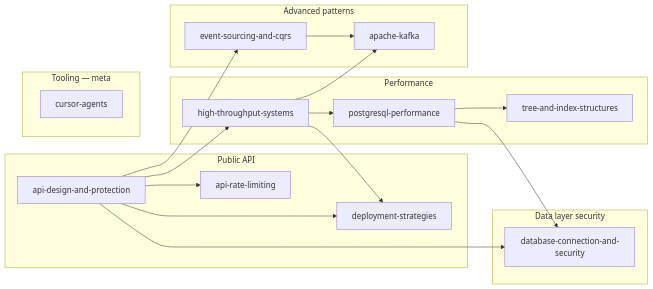
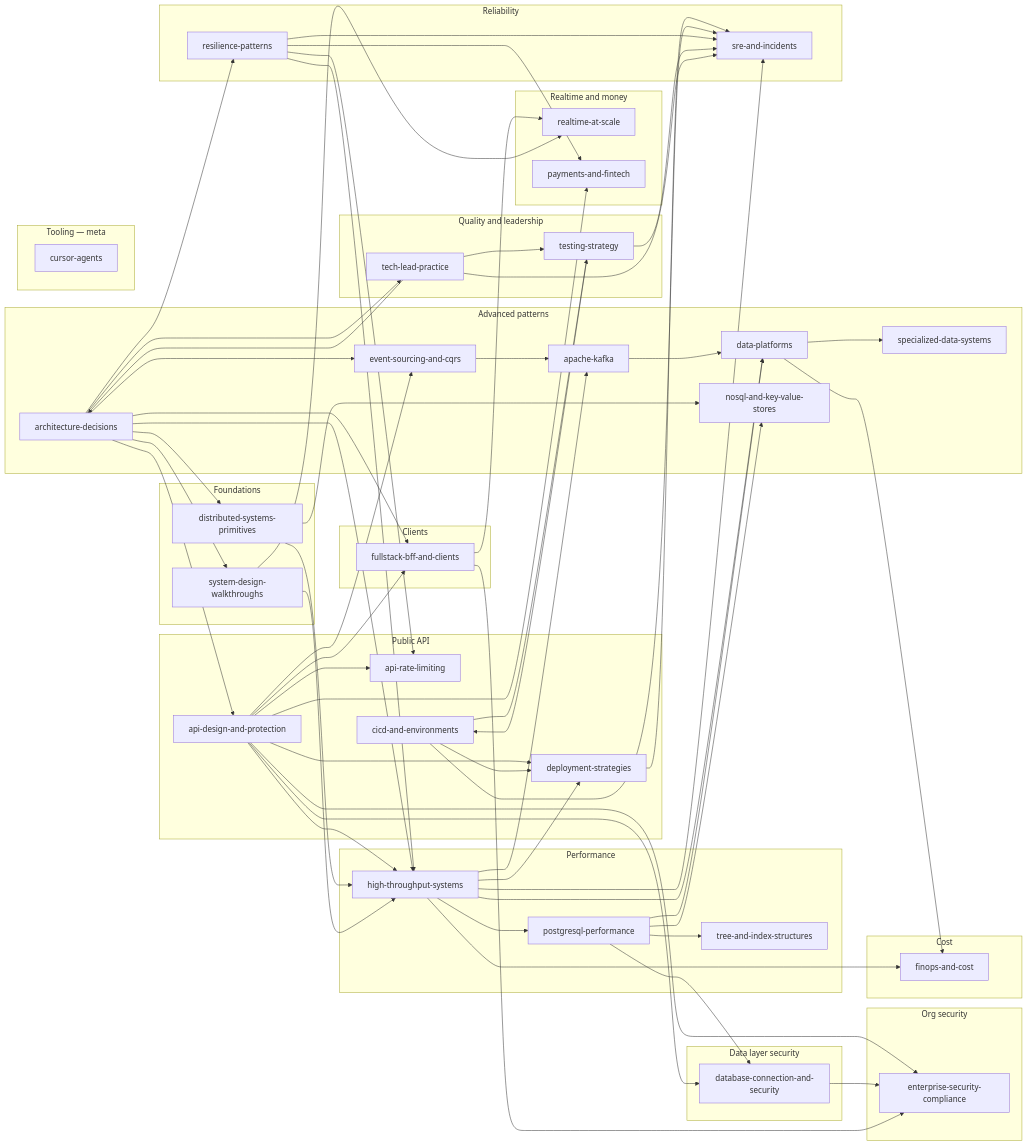
Before and after one commit to steve-duong1991/documents: the diagram in README.md, drawn with Mermaid. The commit also changed other lines of this file and 266 other files, not shown here.

First line of the commit message:
Expand the engineering guides curriculum for system design and architecture.

````diff
--- a/README.md
+++ b/README.md
@@ -31,6 +47,7 @@
         A[api-design-and-protection]
         R[api-rate-limiting]
         D[deployment-strategies]
+        CD[cicd-and-environments]
     end
     subgraph perf [Performance]
         H[high-throughput-systems]
@@ -40,22 +57,90 @@
     subgraph advanced [Advanced patterns]
         E[event-sourcing-and-cqrs]
         K[apache-kafka]
+        DP[data-platforms]
+        AD[architecture-decisions]
+        NS[nosql-and-key-value-stores]
+        SDS[specialized-data-systems]
+    end
+    subgraph foundations [Foundations]
+        DSP[distributed-systems-primitives]
+        SDW[system-design-walkthroughs]
+    end
+    subgraph realtime [Realtime and money]
+        RT[realtime-at-scale]
+        PAY[payments-and-fintech]
     end
     subgraph ops [Data layer security]
         S[database-connection-and-security]
+    end
+    subgraph clients [Clients]
+        FB[fullstack-bff-and-clients]
+    end
+    subgraph sec [Org security]
+        ESC[enterprise-security-compliance]
+    end
+    subgraph cost [Cost]
+        F[finops-and-cost]
+    end
+    subgraph reliability [Reliability]
+        SRE[sre-and-incidents]
+        RP[resilience-patterns]
+    end
+    subgraph quality [Quality and leadership]
+        TS[testing-strategy]
+        TLP[tech-lead-practice]
     end
     subgraph tooling [Tooling — meta]
         C[cursor-agents]
     end
     A --> R
     A --> H
+    A --> FB
+    A --> PAY
     H --> P
     P --> T
+    P --> NS
     A --> E
     H --> K
     E --> K
+    H --> DP
+    P --> DP
+    K --> DP
+    DP --> F
+    DP --> SDS
+    H --> F
     P --> S
     A --> S
+    A --> ESC
+    S --> ESC
+    FB --> ESC
+    FB --> RT
     H --> D
     A --> D
+    CD --> D
+    CD --> TS
+    D --> SRE
+    H --> SRE
+    CD --> SRE
+    AD --> A
+    AD --> E
+    AD --> H
+    AD --> RP
+    AD --> FB
+    AD --> TLP
+    AD --> DSP
+    AD --> SDW
+    DSP --> NS
+    DSP --> H
+    SDW --> H
+    SDW --> RT
+    RP --> H
+    RP --> R
+    RP --> SRE
+    RP --> PAY
+    TS --> CD
+    TS --> SRE
+    TLP --> AD
+    TLP --> SRE
+    TLP --> TS
 ```
````
